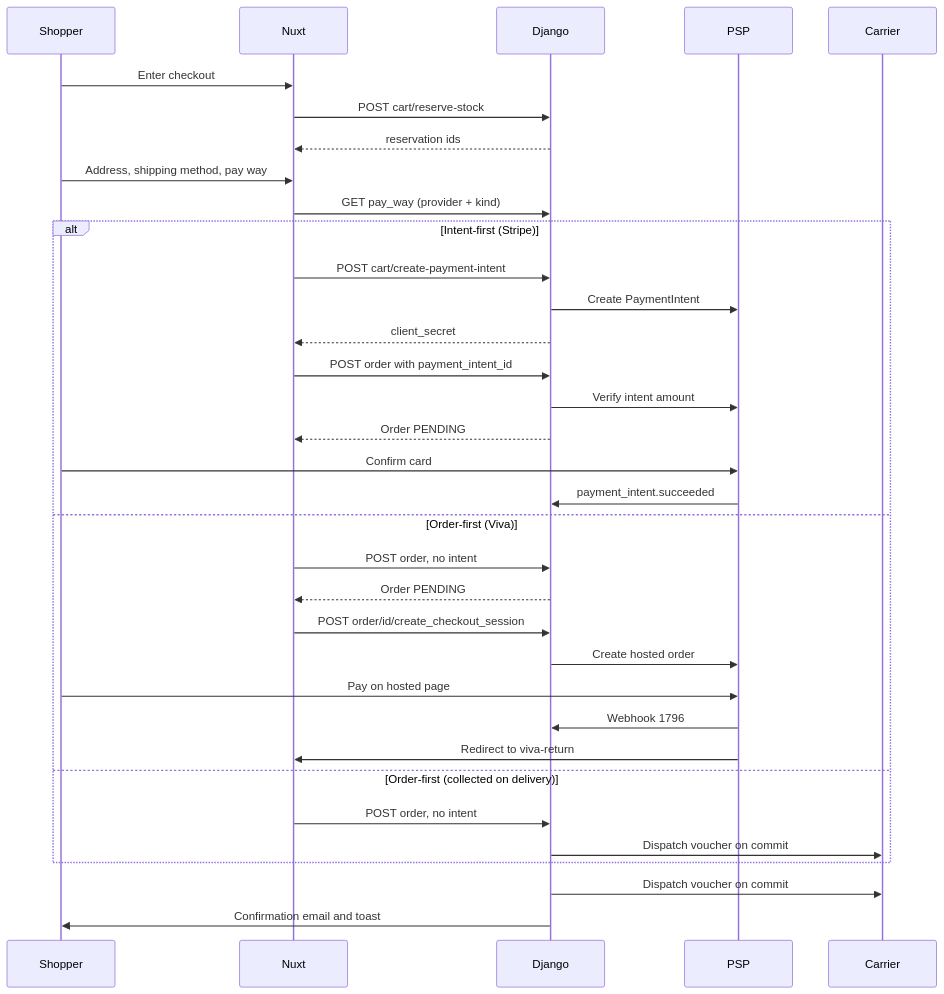
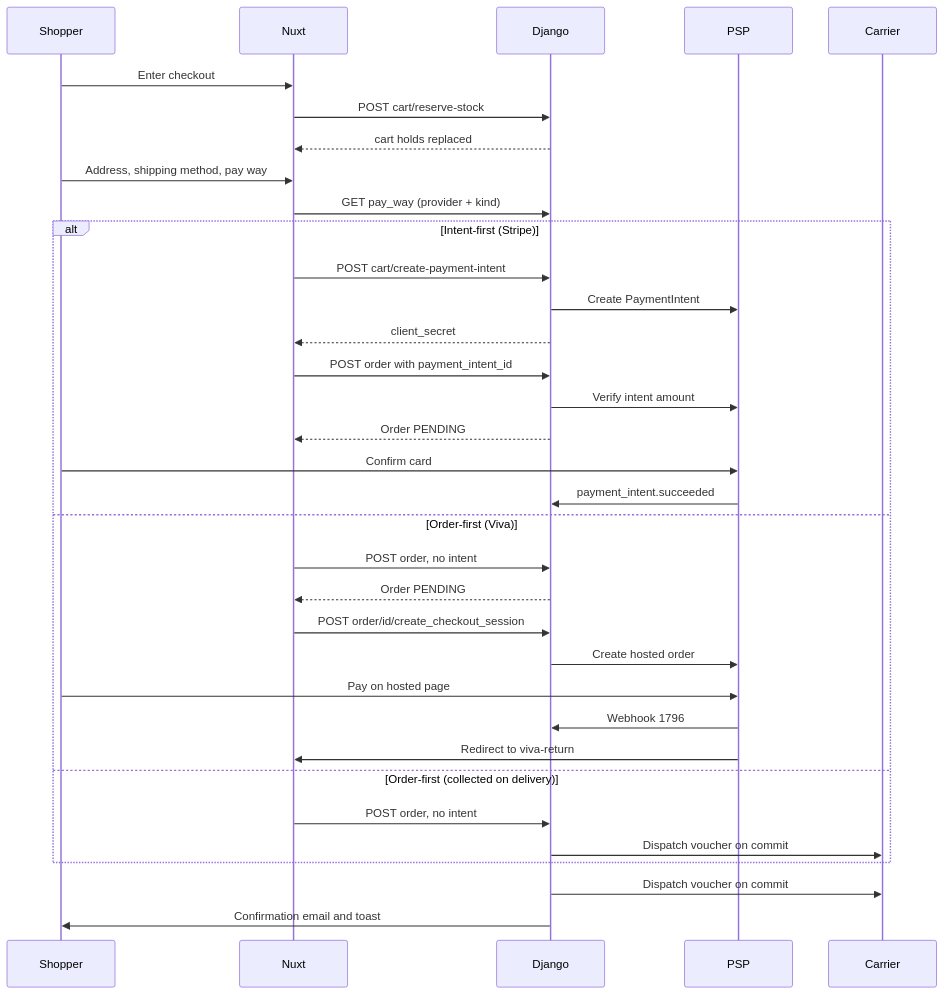
The diagram in src/dev/flows/checkout-and-payment.md (vasilistotskas/grooveshop-docs), drawn with Mermaid before and after one commit. The commit also changed other lines of this file and 22 other files, not shown here.

````diff
--- a/src/dev/flows/checkout-and-payment.md
+++ b/src/dev/flows/checkout-and-payment.md
@@ -23,37 +23,37 @@
 ```mermaid
 sequenceDiagram
   participant S as Shopper
   participant N as Nuxt
   participant D as Django
   participant P as PSP
   participant C as Carrier
 
   S->>N: Enter checkout
   N->>D: POST cart/reserve-stock
-  D-->>N: reservation ids
+  D-->>N: cart holds replaced
   S->>N: Address, shipping method, pay way
   N->>D: GET pay_way (provider + kind)
   alt Intent-first (Stripe)
     N->>D: POST cart/create-payment-intent
     D->>P: Create PaymentIntent
     D-->>N: client_secret
     N->>D: POST order with payment_intent_id
     D->>P: Verify intent amount
     D-->>N: Order PENDING
     S->>P: Confirm card
     P->>D: payment_intent.succeeded
   else Order-first (Viva)
     N->>D: POST order, no intent
     D-->>N: Order PENDING
     N->>D: POST order/id/create_checkout_session
     D->>P: Create hosted order
     S->>P: Pay on hosted page
     P->>D: Webhook 1796
     P->>N: Redirect to viva-return
   else Order-first (collected on delivery)
     N->>D: POST order, no intent
     D->>C: Dispatch voucher on commit
   end
   D->>C: Dispatch voucher on commit
   D->>S: Confirmation email and toast
 ```
````
